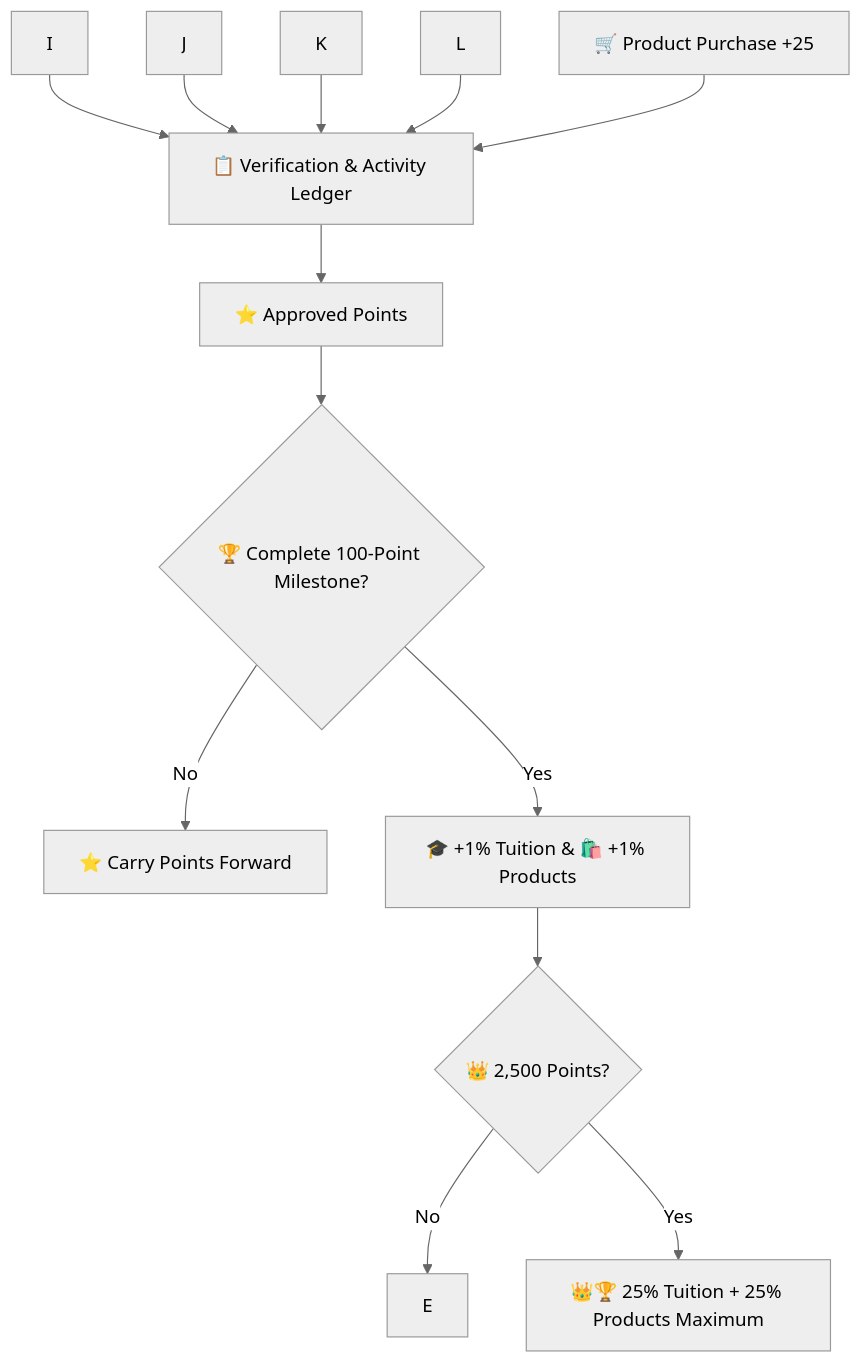
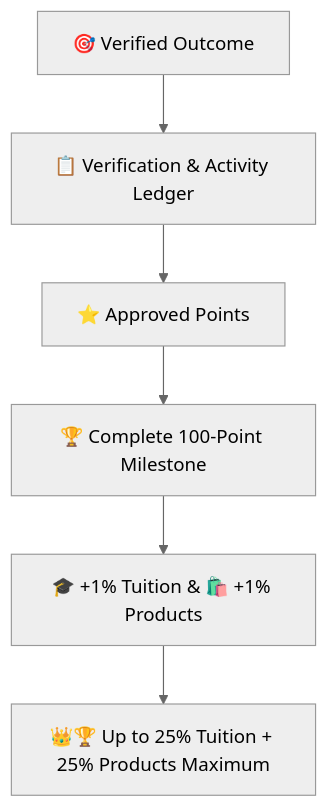
The third of 3 diagrams in Contributor-Benefits/SUBSTITUTE-TEACHERS.md (RIAHPathway/Website), drawn with Mermaid (neutral theme) before and after one commit. The commit also changed other lines of this file, not shown here.

Commit message:
Simplify Mermaid diagrams to high-level visual flows

````diff
--- a/Contributor-Benefits/SUBSTITUTE-TEACHERS.md
+++ b/Contributor-Benefits/SUBSTITUTE-TEACHERS.md
@@ -93,16 +86,8 @@
 ```mermaid
 flowchart TB
-M["🛒 Product Purchase +25"]
-I --> N["📋 Verification & Activity Ledger"]
-J --> N
-K --> N
-L --> N
-M --> N
-N --> O["⭐ Approved Points"]
-O --> P{"🏆 Complete 100-Point Milestone?"}
-P -- No --> Q["⭐ Carry Points Forward"]
-P -- Yes --> R["🎓 +1% Tuition & 🛍️ +1% Products"]
-R --> S{"👑 2,500 Points?"}
-S -- No --> E
-S -- Yes --> T["👑🏆 25% Tuition + 25% Products Maximum"]
+A["🎯 Verified Outcome"] --> B["📋 Verification & Activity Ledger"]
+B --> C["⭐ Approved Points"]
+C --> D["🏆 Complete 100-Point Milestone"]
+D --> E["🎓 +1% Tuition & 🛍️ +1% Products"]
+E --> F["👑🏆 Up to 25% Tuition + 25% Products Maximum"]
 ```
````
